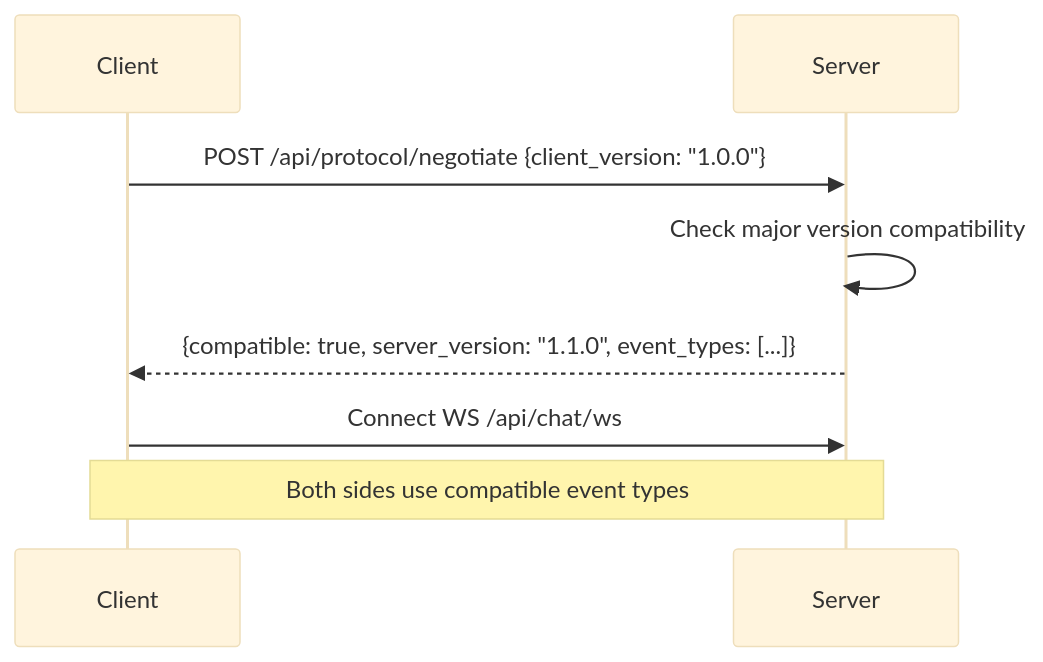
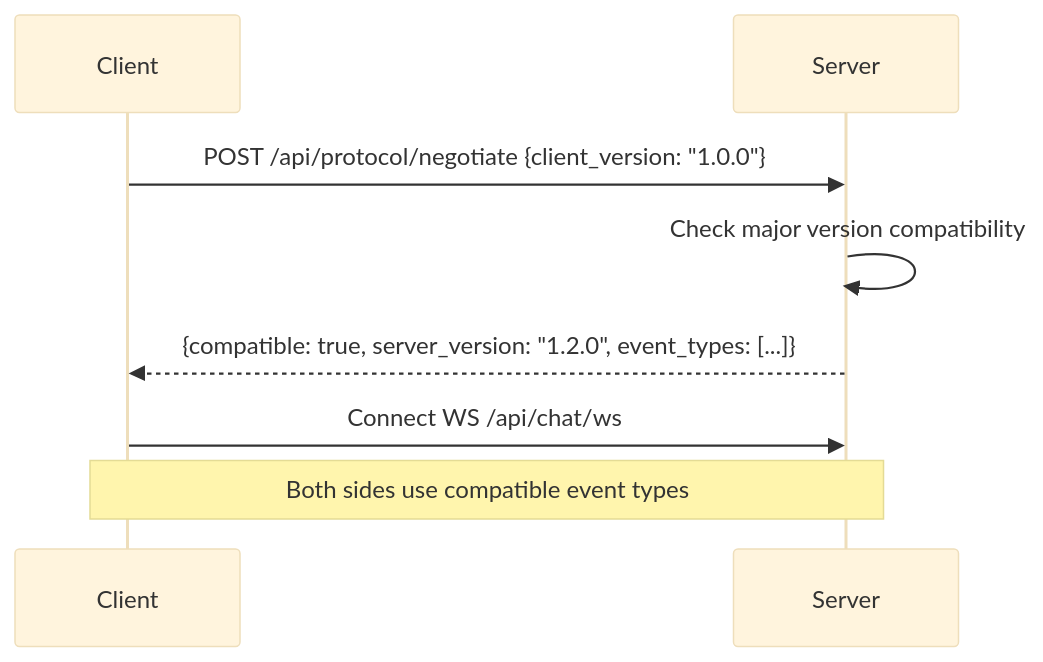
One commit to MervinPraison/PraisonAIUI changed the diagram in docs/features/protocol-versioning.md. Above: the diagram before and after it, drawn with Mermaid (base theme). The commit also changed other lines of this file and 19 other files, not shown here.

````diff
--- a/docs/features/protocol-versioning.md
+++ b/docs/features/protocol-versioning.md
@@ -19,11 +19,11 @@
 ```mermaid
 sequenceDiagram
     participant C as Client
     participant S as Server
 
     C->>S: POST /api/protocol/negotiate {client_version: "1.0.0"}
     S->>S: Check major version compatibility
-    S-->>C: {compatible: true, server_version: "1.1.0", event_types: [...]}
+    S-->>C: {compatible: true, server_version: "1.2.0", event_types: [...]}
     C->>S: Connect WS /api/chat/ws
     Note over C,S: Both sides use compatible event types
 ```
````
